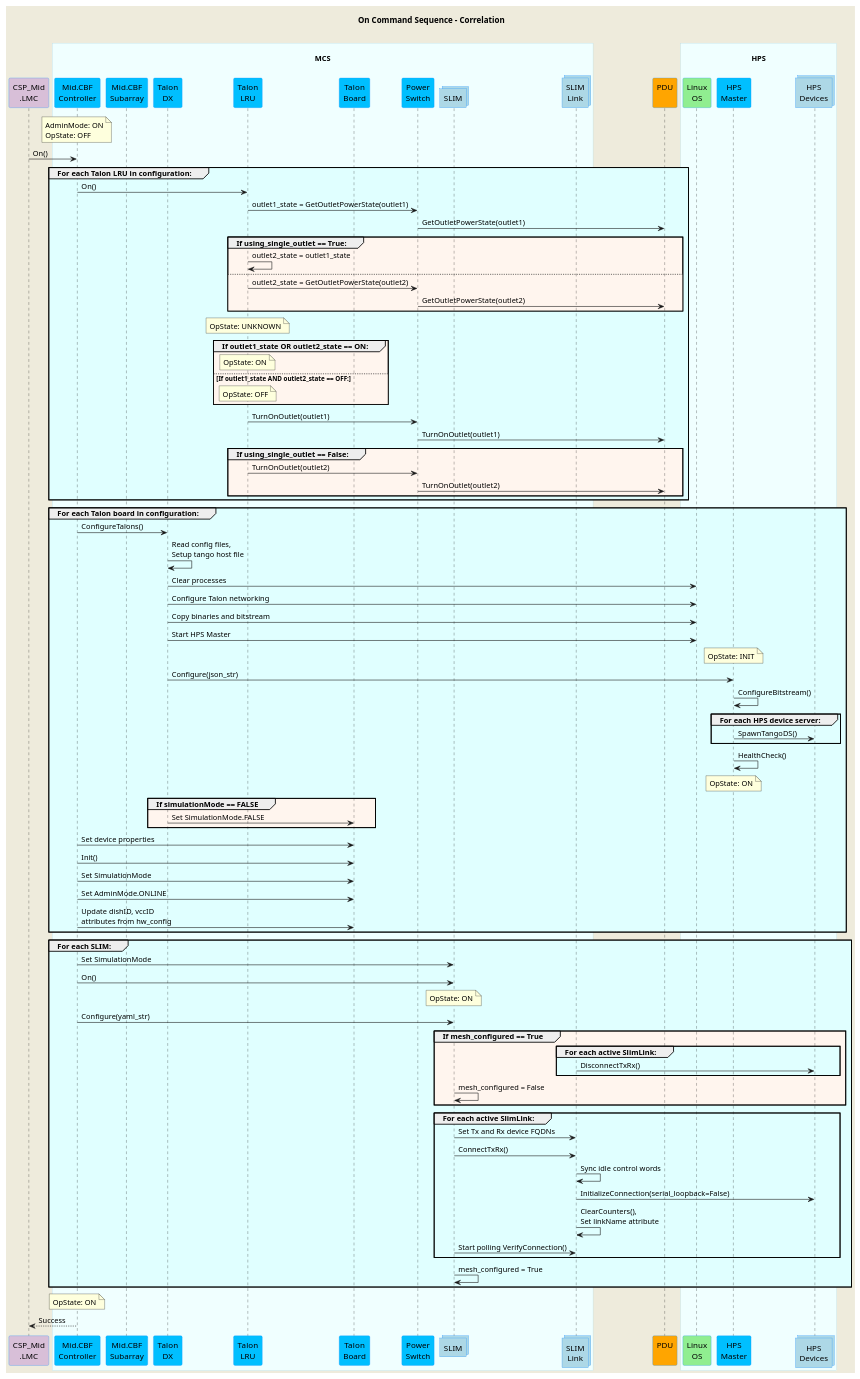
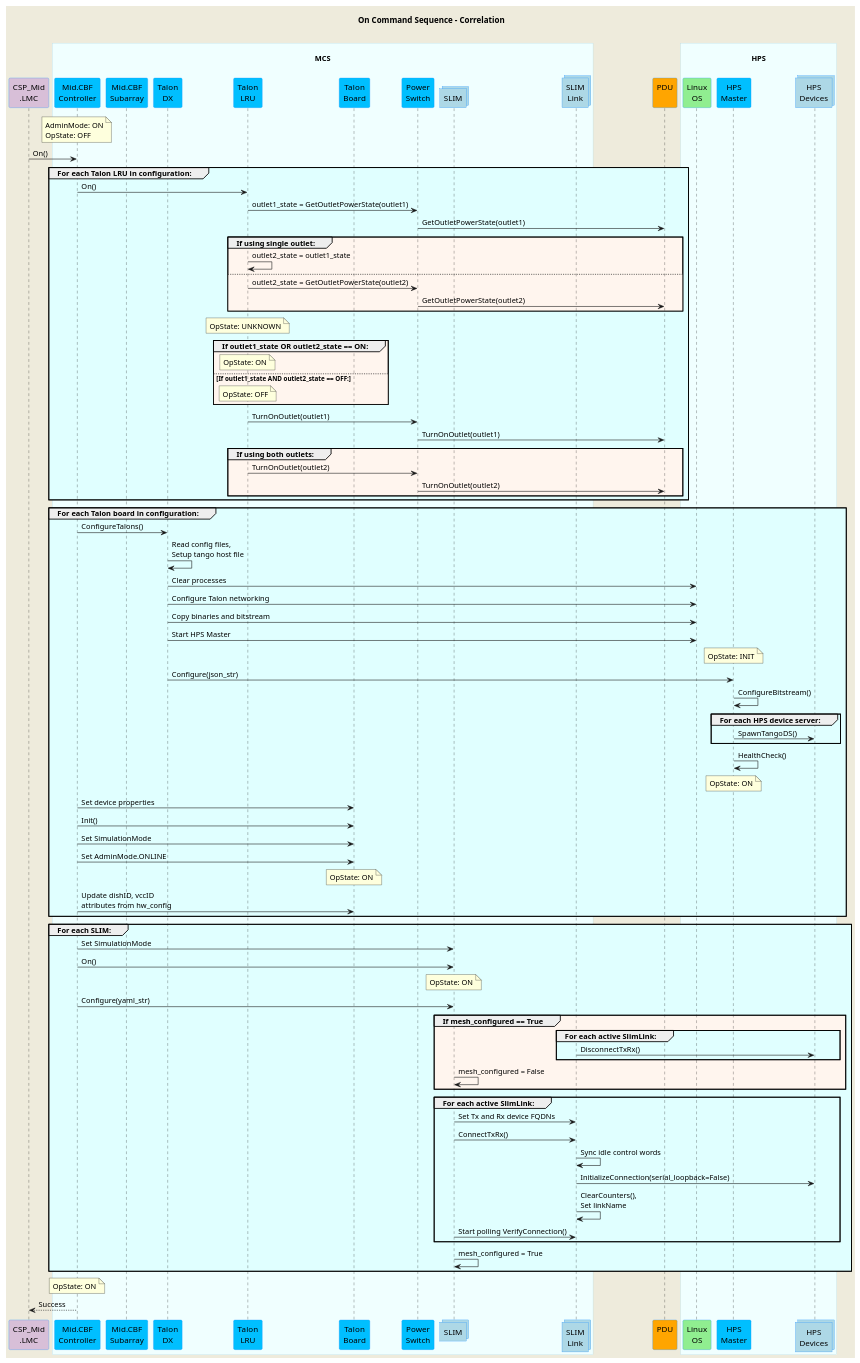
One commit to ska-telescope/mid-cbf-mcs changed the diagram in docs/src/diagrams/on-command-sequence.puml. Above: the diagram before and after it, drawn with PlantUML. The commit also changed 11 other files, not shown here.

Commit message:
CIP-2424 sequence diagram consistency tweaks

```diff
--- a/docs/src/diagrams/on-command-sequence.puml
+++ b/docs/src/diagrams/on-command-sequence.puml
@@ -1,121 +1,119 @@
 @startuml
 'https://plantuml.com/sequence-diagram
 skinparam backgroundColor #EEEBDC
 skinparam sequence {
 ParticipantBorderColor DodgerBlue
 ParticipantBackgroundColor DeepSkyBlue
 ActorBorderColor DarkGreen
 ActorBackgroundColor Green
 BoxBorderColor LightBlue
 BoxBackgroundColor #F0FFFF
 }
 skinparam collections {
   BackGroundColor LightBlue
   BorderColor DodgerBlue
 }
 skinparam database {
   BackgroundColor LightGreen
   BorderColor DarkGreen
 }
 title On Command Sequence - Correlation\n
 participant "CSP_Mid\n.LMC" as lmc #Thistle
 box "\nMCS\n"
   participant "Mid.CBF\nController" as controller
   participant "Mid.CBF\nSubarray" as subarray
   participant "Talon\nDX" as tdx
   participant "Talon\nLRU" as lru
   participant "Talon\nBoard" as talon_board
   participant "Power\nSwitch" as ps
   collections "SLIM" as slim
   collections "SLIM\nLink" as slimlink
 end box
 participant "PDU\n" as pdu #Orange
 box "\nHPS\n"
   participant "Linux\nOS" as os #LightGreen
   participant "HPS\nMaster" as hpsmaster
   collections "HPS\nDevices" as hpsdevices
 end box
 
 note over controller            : AdminMode: ON\nOpState: OFF
 lmc -> controller               : On()
 
 group #LightCyan For each Talon LRU in configuration:
   controller    ->  lru         : On()
-  lru           ->  ps      : outlet1_state = GetOutletPowerState(outlet1)
+  lru           ->  ps          : outlet1_state = GetOutletPowerState(outlet1)
   ps            ->  pdu         : GetOutletPowerState(outlet1)
-  group #SeaShell If using_single_outlet == True:
+  group #SeaShell If using single outlet:
     lru         ->  lru         : outlet2_state = outlet1_state
-    else
+  else
     lru         ->  ps          : outlet2_state = GetOutletPowerState(outlet2)
     ps          ->  pdu         : GetOutletPowerState(outlet2)
   end group
 
   note over lru                 : OpState: UNKNOWN
   group #SeaShell If outlet1_state OR outlet2_state == ON:
     note over lru               : OpState: ON
   else If outlet1_state AND outlet2_state == OFF:
     note over lru               : OpState: OFF
   end group
 
   lru           ->  ps          : TurnOnOutlet(outlet1)
   ps            ->  pdu         : TurnOnOutlet(outlet1)
-  group #SeaShell If using_single_outlet == False:
+  group #SeaShell If using both outlets:
     lru         ->  ps          : TurnOnOutlet(outlet2)
     ps          ->  pdu         : TurnOnOutlet(outlet2)
   end group
 end group
 
 group #LightCyan For each Talon board in configuration:
   controller    ->  tdx         : ConfigureTalons()
   tdx           ->  tdx         : Read config files,\nSetup tango host file
   tdx           ->  os          : Clear processes
   tdx           ->  os          : Configure Talon networking
   tdx           ->  os          : Copy binaries and bitstream
   tdx           ->  os          : Start HPS Master
   note over hpsmaster           : OpState: INIT
   tdx           ->  hpsmaster   : Configure(json_str)
   hpsmaster     ->  hpsmaster   : ConfigureBitstream()
   group #LightCyan For each HPS device server:
     hpsmaster  -> hpsdevices    : SpawnTangoDS()
   end group
   hpsmaster     ->  hpsmaster   : HealthCheck()
   note over hpsmaster           : OpState: ON
-  group #SeaShell If simulationMode == FALSE
-    tdx         ->  talon_board : Set SimulationMode.FALSE
-  end group
 
   controller    ->  talon_board : Set device properties
   controller    ->  talon_board : Init()
   controller    ->  talon_board : Set SimulationMode
   controller    ->  talon_board : Set AdminMode.ONLINE
+  note over talon_board         : OpState: ON
   controller    ->  talon_board : Update dishID, vccID\nattributes from hw_config
 end group
 
 group #LightCyan For each SLIM:
-  controller      ->  slim     : Set SimulationMode
-  controller      ->  slim     : On()
-  note over slim               : OpState: ON
-  controller      ->  slim     : Configure(yaml_str)
+  controller      ->  slim      : Set SimulationMode
+  controller      ->  slim      : On()
+  note over slim                : OpState: ON
+  controller      ->  slim      : Configure(yaml_str)
   group #SeaShell If mesh_configured == True
     group #LightCyan For each active SlimLink:
-      slimlink  -> hpsdevices     : DisconnectTxRx()
+      slimlink    -> hpsdevices : DisconnectTxRx()
     end group
-    slim     ->  slim       : mesh_configured = False
+    slim          ->  slim      : mesh_configured = False
   end group
 
   group #LightCyan For each active SlimLink:
-      slim   ->  slimlink      : Set Tx and Rx device FQDNs
-      slim   ->  slimlink      : ConnectTxRx()
-      slimlink  ->  slimlink      : Sync idle control words
-      slimlink  ->  hpsdevices    : InitializeConnection(serial_loopback=False)
-      slimlink  ->  slimlink      : ClearCounters(),\nSet linkName attribute
-      slim   ->  slimlink      : Start polling VerifyConnection()
-    end group
-  slim       ->  slim       : mesh_configured = True
+    slim        ->  slimlink    : Set Tx and Rx device FQDNs
+    slim        ->  slimlink    : ConnectTxRx()
+    slimlink    ->  slimlink    : Sync idle control words
+    slimlink    ->  hpsdevices  : InitializeConnection(serial_loopback=False)
+    slimlink    ->  slimlink    : ClearCounters(),\nSet linkName
+    slim        ->  slimlink    : Start polling VerifyConnection()
+  end group
+  slim          ->  slim        : mesh_configured = True
 end group
 
 note over controller            : OpState: ON
 
-lmc          <--  controller    : Success
+lmc           <--  controller   : Success
 
 @enduml
```
